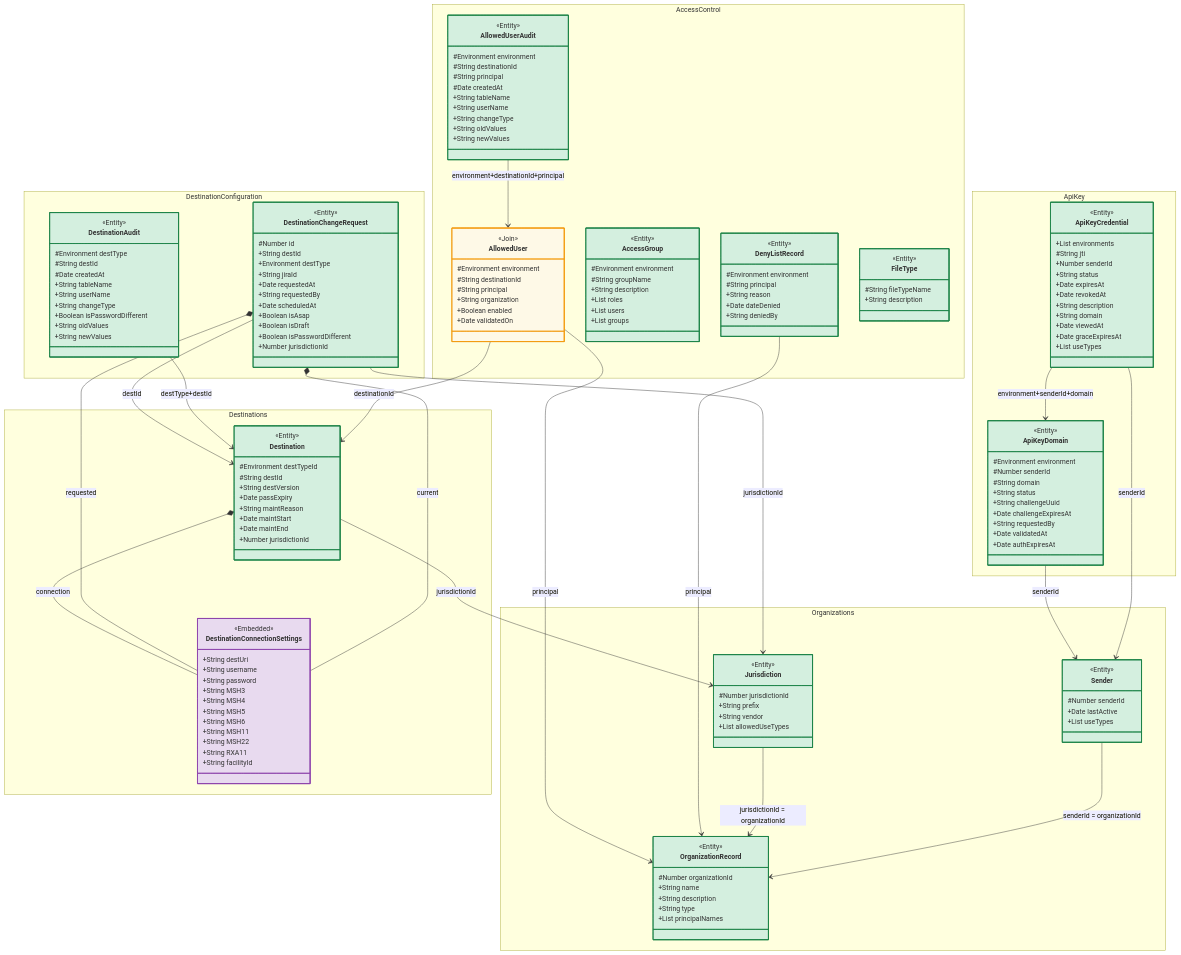
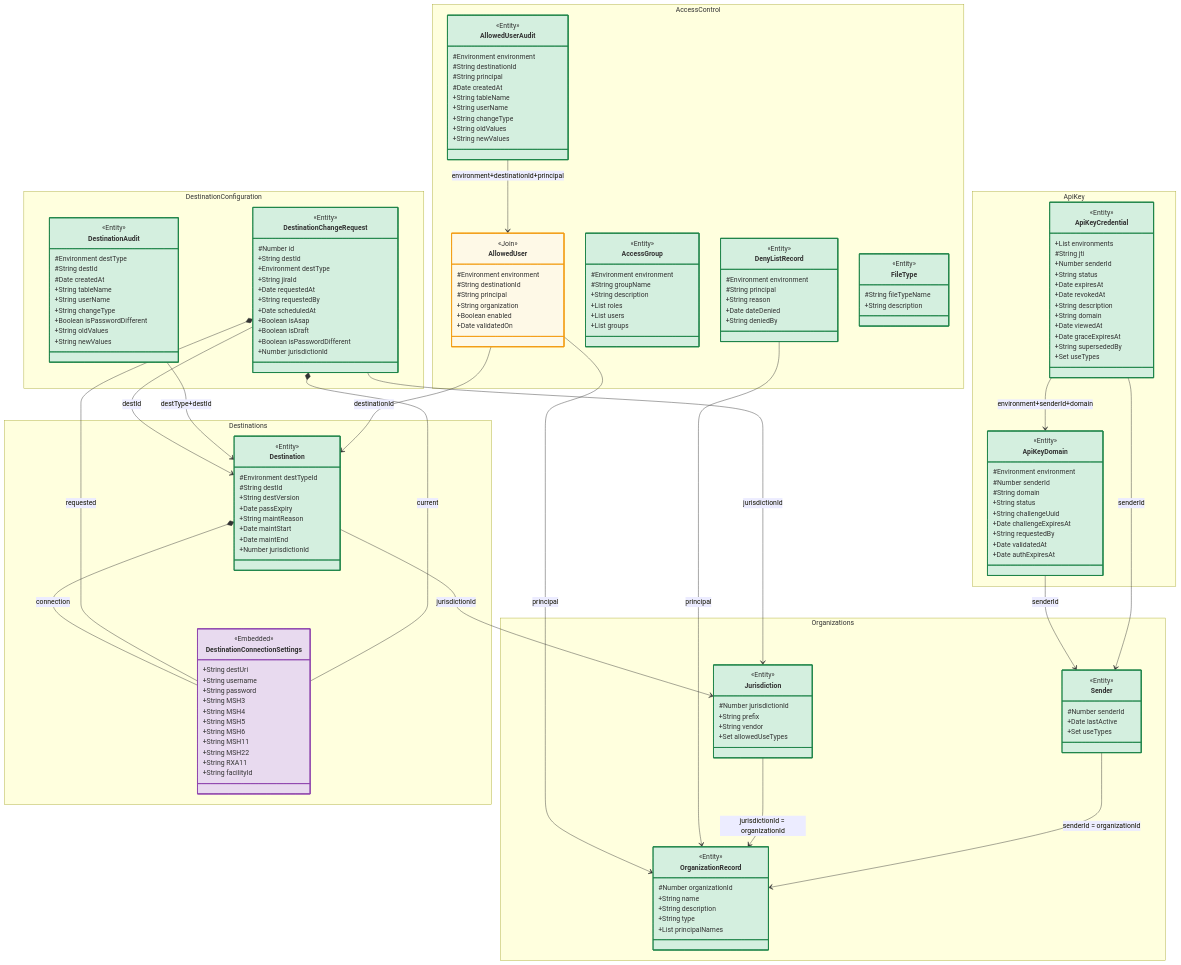
The first of 3 diagrams in openspec/changes/api-key-management/design.md (IZGateway/izg-configuration-console), drawn with Mermaid before and after one commit. The commit also changed other lines of this file and 2 other files, not shown here.

```diff
--- a/openspec/changes/api-key-management/design.md
+++ b/openspec/changes/api-key-management/design.md
@@ -1055,14 +1055,14 @@
             #Number jurisdictionId
             +String prefix
             +String vendor
-            +List allowedUseTypes
+            +Set allowedUseTypes
         }
 
         class Sender {
             <<Entity>>
             #Number senderId
             +Date lastActive
-            +List useTypes
+            +Set useTypes
         }
 
         class OrganizationRecord {
@@ -1131,7 +1131,8 @@
             +String domain
             +Date viewedAt
             +Date graceExpiresAt
-            +List useTypes
+            +String supersededBy
+            +Set useTypes
         }
     }
 
```
